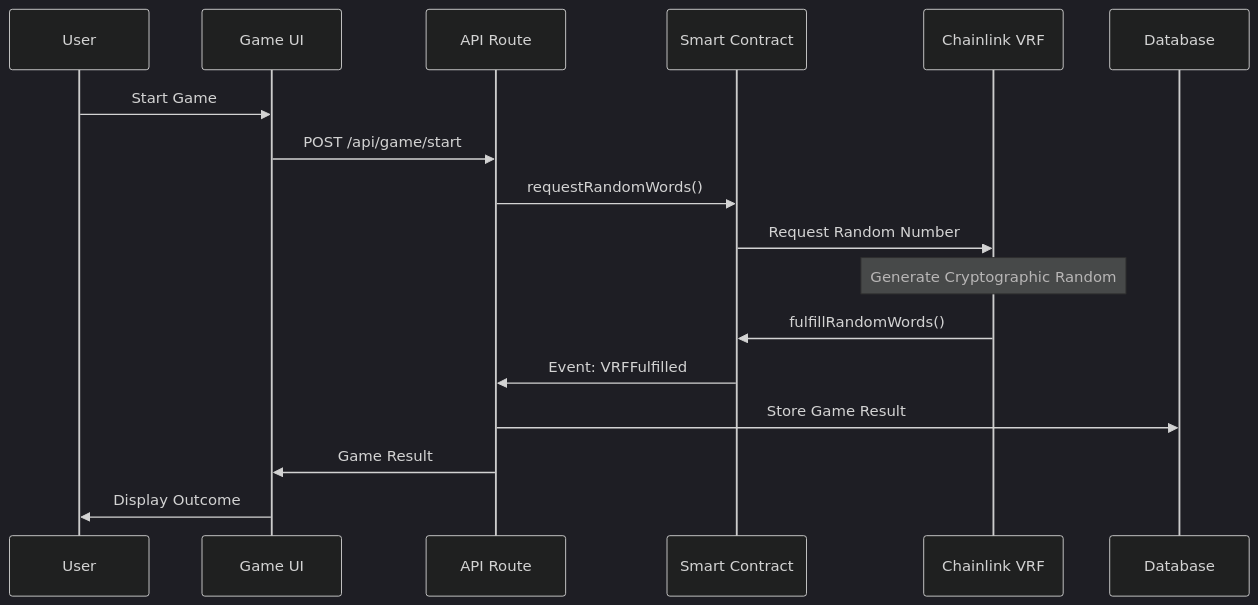
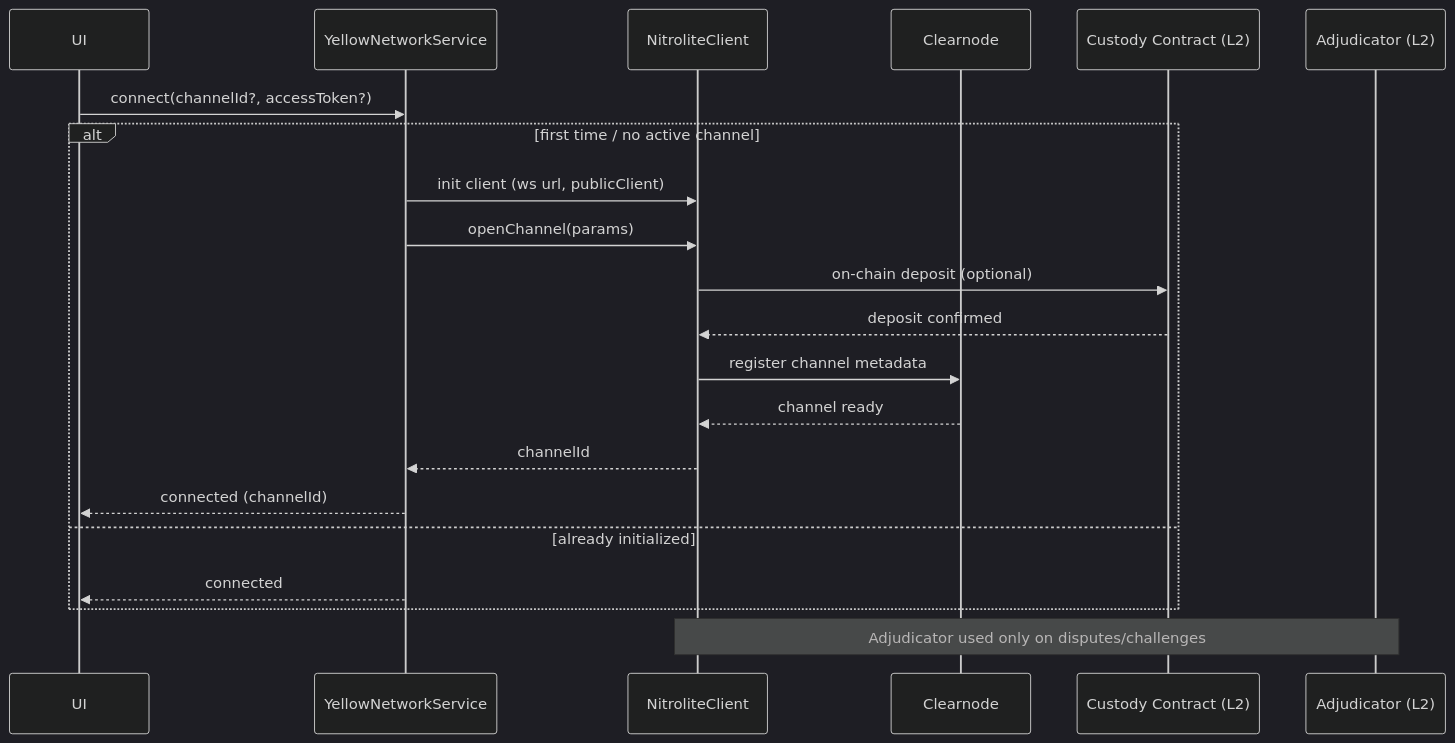
The second of 12 diagrams in MERMAID_DIAGRAMS.md (AmaanSayyad/APT-Casino-Yellow), drawn with Mermaid (dark theme) before and after one commit. The commit also changed other lines of this file, not shown here.

````diff
--- a/MERMAID_DIAGRAMS.md
+++ b/MERMAID_DIAGRAMS.md
@@ -131,22 +35,25 @@
 ```mermaid
 sequenceDiagram
-    participant U as User
-    participant UI as Game UI
-    participant API as API Route
-    participant SC as Smart Contract
-    participant VRF as Chainlink VRF
-    participant DB as Database
-    
-    U->>UI: Start Game
-    UI->>API: POST /api/game/start
-    API->>SC: requestRandomWords()
-    SC->>VRF: Request Random Number
-    
-    Note over VRF: Generate Cryptographic Random
-    
-    VRF->>SC: fulfillRandomWords()
-    SC->>API: Event: VRFFulfilled
-    API->>DB: Store Game Result
-    API->>UI: Game Result
-    UI->>U: Display Outcome
+  participant UI as UI
+  participant Svc as YellowNetworkService
+  participant NL as NitroliteClient
+  participant CN as Clearnode
+  participant Cust as Custody Contract (L2)
+  participant Adj as Adjudicator (L2)
+
+  UI->>Svc: connect(channelId?, accessToken?)
+  alt first time / no active channel
+    Svc->>NL: init client (ws url, publicClient)
+    Svc->>NL: openChannel(params)
+    NL->>Cust: on-chain deposit (optional)
+    Cust-->>NL: deposit confirmed
+    NL->>CN: register channel metadata
+    CN-->>NL: channel ready
+    NL-->>Svc: channelId
+    Svc-->>UI: connected (channelId)
+  else already initialized
+    Svc-->>UI: connected
+  end
+
+  note over Adj,NL: Adjudicator used only on disputes/challenges
 ```
````
